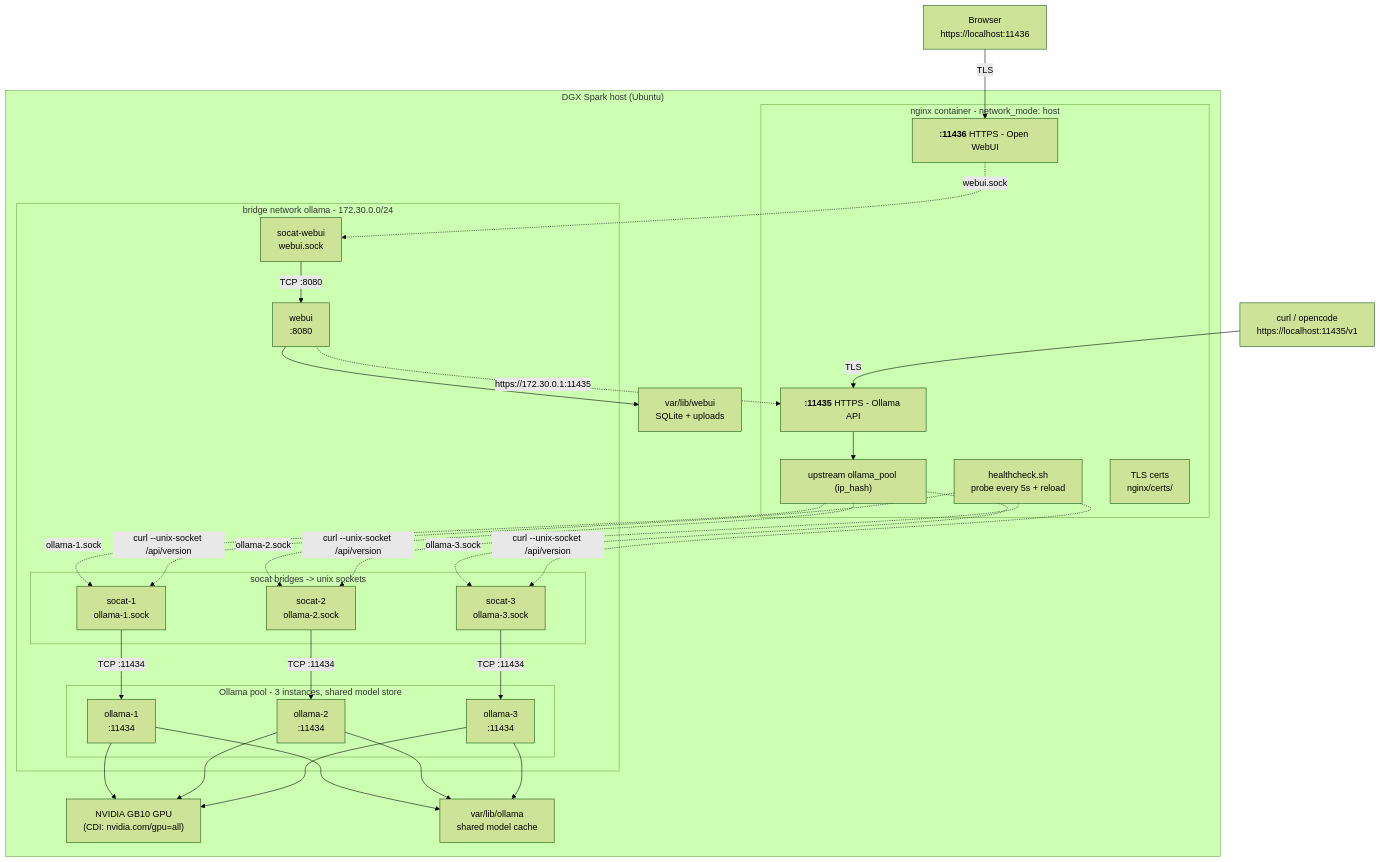
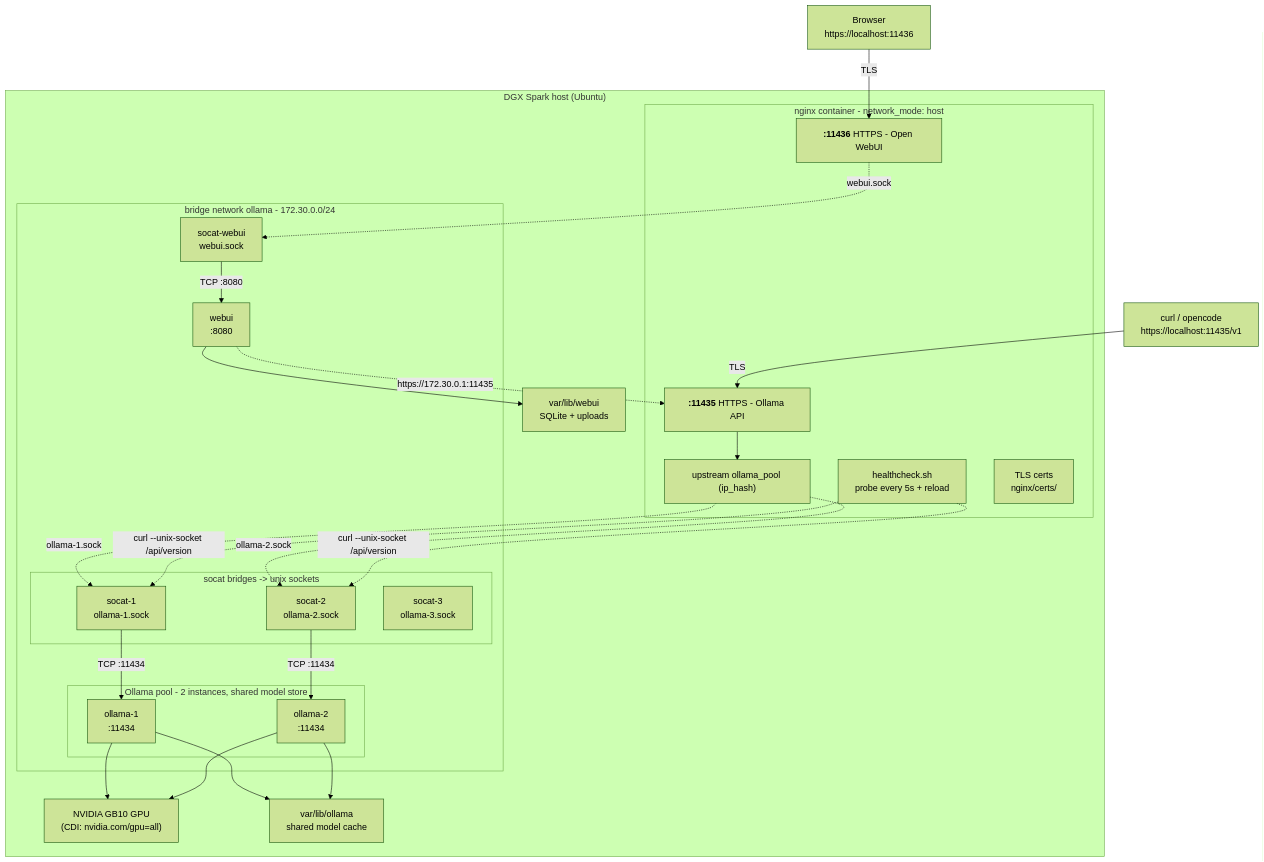
The diagram in docs/diagrams/architecture.mmd (SpotDraft/ollama-serve), drawn with Mermaid (forest theme) before and after one commit. The commit also changed 5 other files, not shown here.

```diff
--- a/docs/diagrams/architecture.mmd
+++ b/docs/diagrams/architecture.mmd
@@ -1,51 +1,47 @@
 flowchart TD
     CLI1["curl / opencode<br/>https://localhost:11435/v1"]
     CLI2["Browser<br/>https://localhost:11436"]
 
     subgraph HOST["DGX Spark host (Ubuntu)"]
         subgraph NGX["nginx container - network_mode: host"]
             LS11435["<b>:11435</b> HTTPS - Ollama API"]
             LS11436["<b>:11436</b> HTTPS - Open WebUI"]
             UP["upstream ollama_pool (ip_hash)"]
             HK["healthcheck.sh<br/>probe every 5s + reload"]
             CERTS["TLS certs<br/>nginx/certs/"]
         end
 
         subgraph NET["bridge network ollama - 172.30.0.0/24"]
-            subgraph POOL["Ollama pool - 3 instances, shared model store"]
+            subgraph POOL["Ollama pool - 2 instances, shared model store"]
                 O1["ollama-1<br/>:11434"]
                 O2["ollama-2<br/>:11434"]
-                O3["ollama-3<br/>:11434"]
             end
             subgraph SOC["socat bridges -> unix sockets"]
                 S1["socat-1<br/>ollama-1.sock"]
                 S2["socat-2<br/>ollama-2.sock"]
                 S3["socat-3<br/>ollama-3.sock"]
             end
             W["webui<br/>:8080"]
             SW["socat-webui<br/>webui.sock"]
         end
 
         GPU["NVIDIA GB10 GPU<br/>(CDI: nvidia.com/gpu=all)"]
         MODELS["var/lib/ollama<br/>shared model cache"]
         DATA["var/lib/webui<br/>SQLite + uploads"]
     end
 
     CLI1 -->|TLS| LS11435
     CLI2 -->|TLS| LS11436
     LS11435 --> UP
     UP -.->|ollama-1.sock| S1
     UP -.->|ollama-2.sock| S2
-    UP -.->|ollama-3.sock| S3
     LS11436 -.->|webui.sock| SW
     S1 -->|TCP :11434| O1
     S2 -->|TCP :11434| O2
-    S3 -->|TCP :11434| O3
     SW -->|TCP :8080| W
     W -.->|https://172.30.0.1:11435| LS11435
     HK -.->|curl --unix-socket /api/version| S1
     HK -.->|curl --unix-socket /api/version| S2
-    HK -.->|curl --unix-socket /api/version| S3
-    O1 & O2 & O3 --> GPU
-    O1 & O2 & O3 --> MODELS
+    O1 & O2 --> GPU
+    O1 & O2 --> MODELS
     W --> DATA
```
